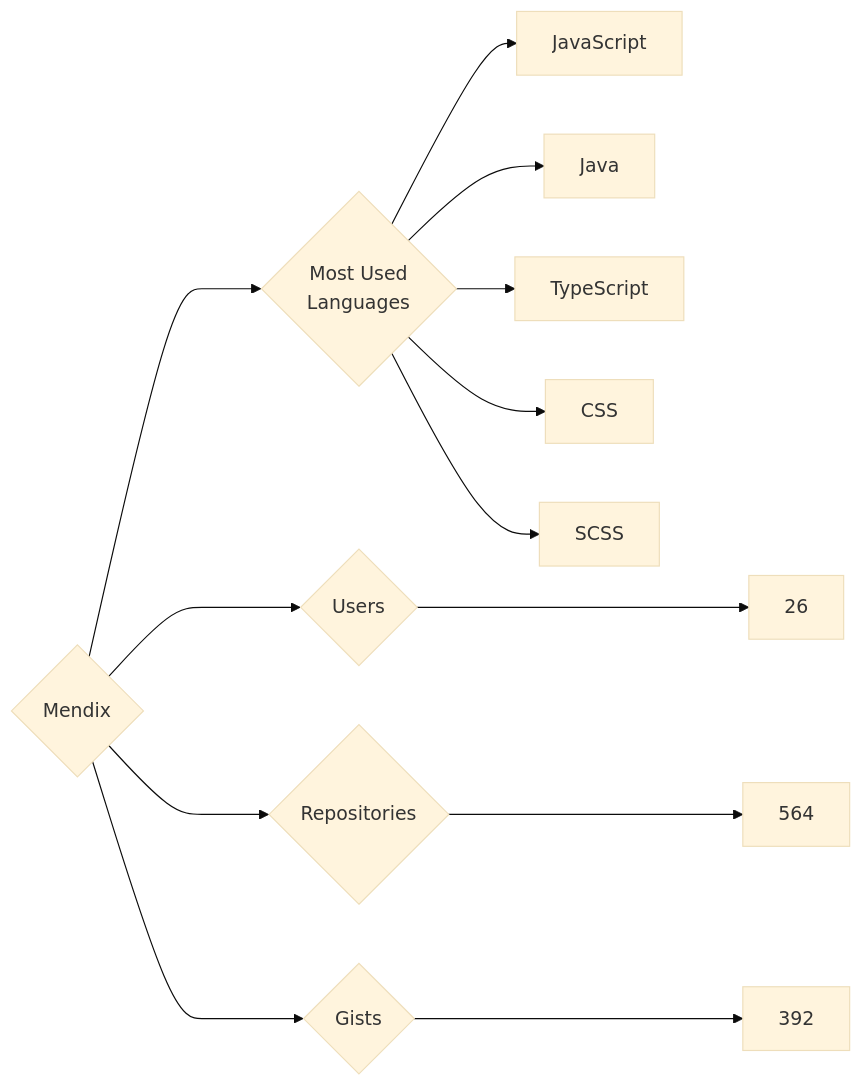
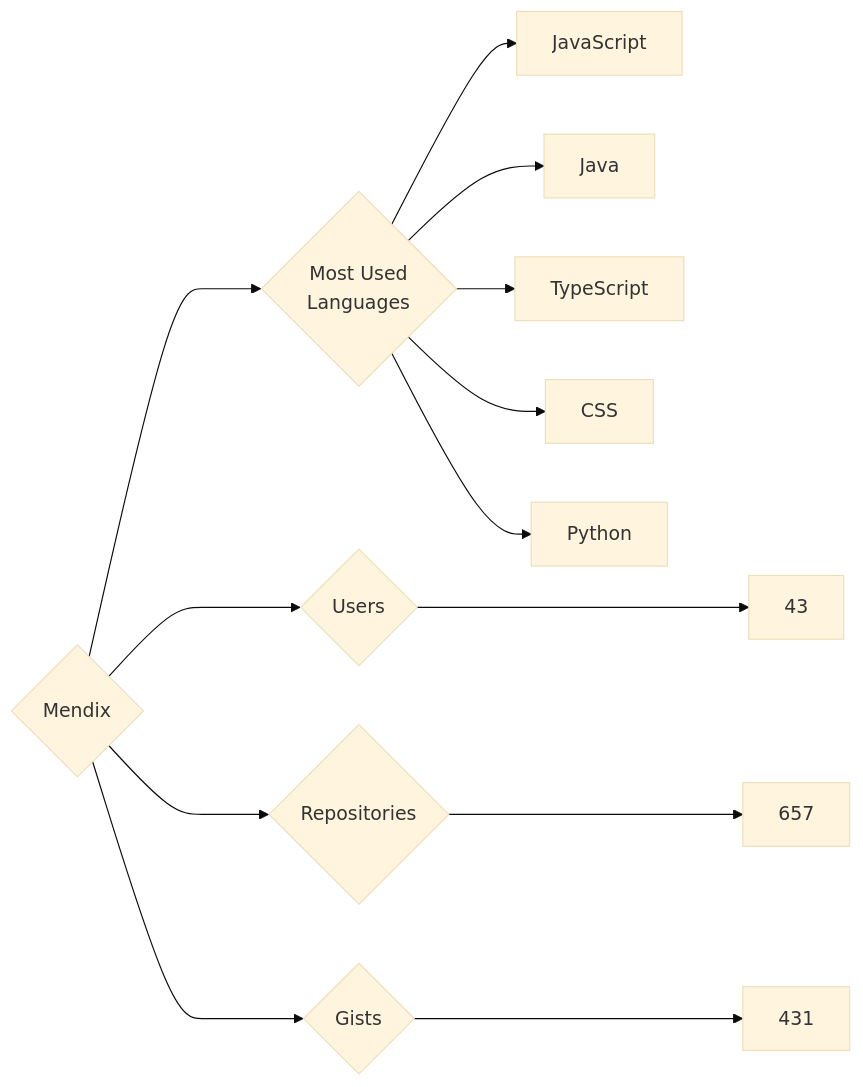
Before and after one commit to trickest/insiders: the diagram in targets/Mendix/README.md, drawn with Mermaid (base theme). The commit also changed 794 other files, not shown here.

````diff
--- a/targets/Mendix/README.md
+++ b/targets/Mendix/README.md
@@ -3,13 +3,13 @@
 ```mermaid
 graph LR
 COMPANY_NAME{Mendix}
-COMPANY_NAME ---> U{Users} ---> UN[26]
-COMPANY_NAME ---> R{Repositories} ---> RN[564]
-COMPANY_NAME ---> G{Gists} ---> GN[392]
+COMPANY_NAME ---> U{Users} ---> UN[43]
+COMPANY_NAME ---> R{Repositories} ---> RN[657]
+COMPANY_NAME ---> G{Gists} ---> GN[431]
 COMPANY_NAME ---> ML{Most Used<br>Languages}
 ML --> JavaScript[JavaScript]
 ML --> Java[Java]
 ML --> TypeScript[TypeScript]
 ML --> CSS[CSS]
-ML --> SCSS[SCSS]
+ML --> Python[Python]
 ```
````
